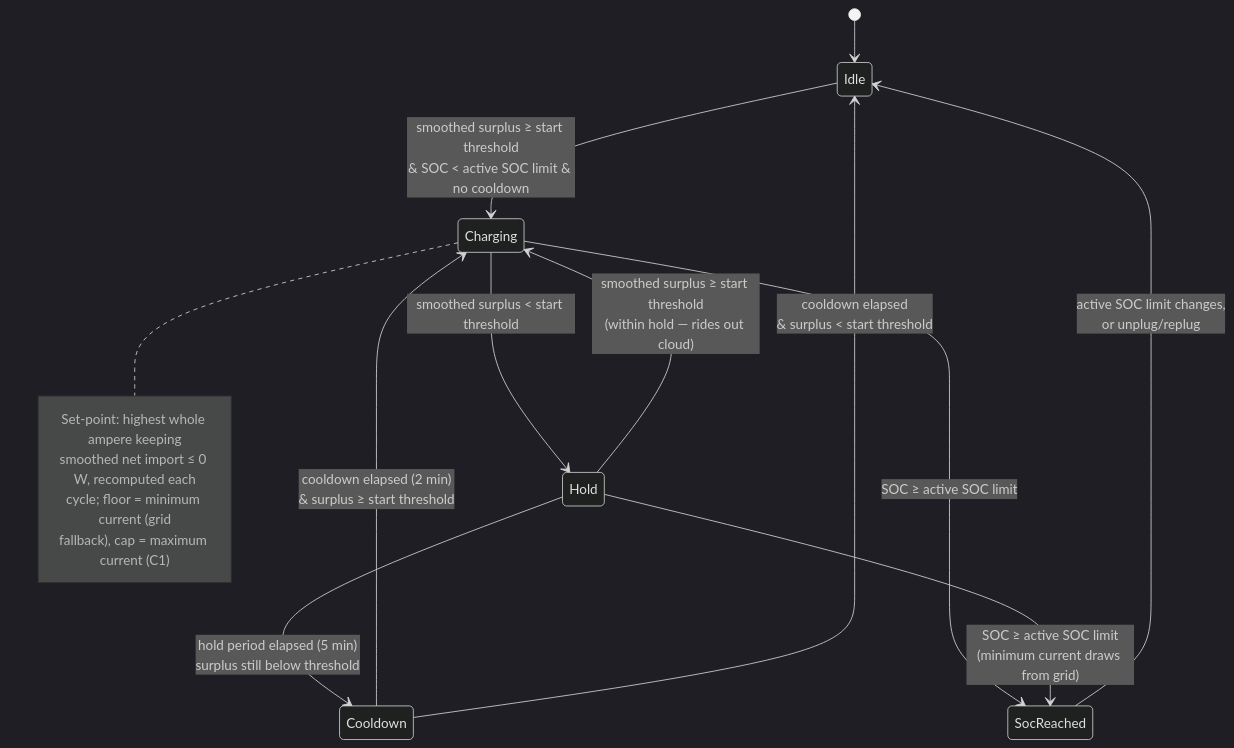
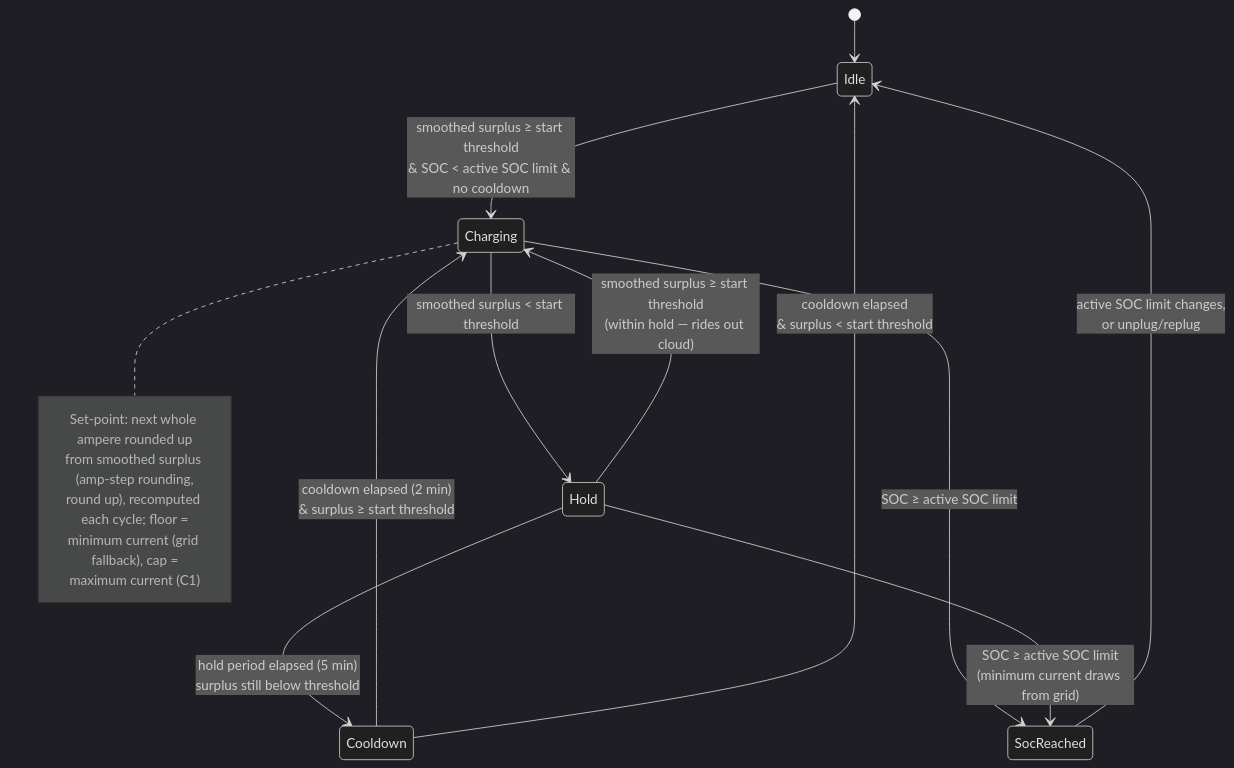
One commit to kristofdegrave/homeassistant-smart-charging changed the diagram in docs/analysis/use-cases/UC01-charge-from-solar-surplus.md. Above: the diagram before and after it, drawn with Mermaid (dark theme). The commit also changed other lines of this file and 5 other files, not shown here.

First line of the commit message:
docs: review and refine UC01/UC02 amp-step rounding strategy

````diff
--- a/docs/analysis/use-cases/UC01-charge-from-solar-surplus.md
+++ b/docs/analysis/use-cases/UC01-charge-from-solar-surplus.md
@@ -100,19 +101,20 @@
 ```mermaid
 stateDiagram-v2
     [*] --> Idle
     Idle --> Charging: smoothed surplus ≥ start threshold<br/>& SOC < active SOC limit & no cooldown
     Charging --> Hold: smoothed surplus < start threshold
     Hold --> Charging: smoothed surplus ≥ start threshold<br/>(within hold — rides out cloud)
     Hold --> Cooldown: hold period elapsed (5 min)<br/>surplus still below threshold
     Charging --> SocReached: SOC ≥ active SOC limit
     Hold --> SocReached: SOC ≥ active SOC limit<br/>(minimum current draws from grid)
     Cooldown --> Charging: cooldown elapsed (2 min)<br/>& surplus ≥ start threshold
     Cooldown --> Idle: cooldown elapsed<br/>& surplus < start threshold
     SocReached --> Idle: active SOC limit changes,<br/>or unplug/replug
     note right of Charging
-        Set-point: highest whole ampere keeping
-        smoothed net import ≤ 0 W, recomputed each
-        cycle; floor = minimum current (grid
-        fallback), cap = maximum current (C1)
+        Set-point: next whole ampere rounded up
+        from smoothed surplus (amp-step rounding,
+        round up), recomputed each cycle; floor =
+        minimum current (grid fallback), cap =
+        maximum current (C1)
     end note
 ```
````
